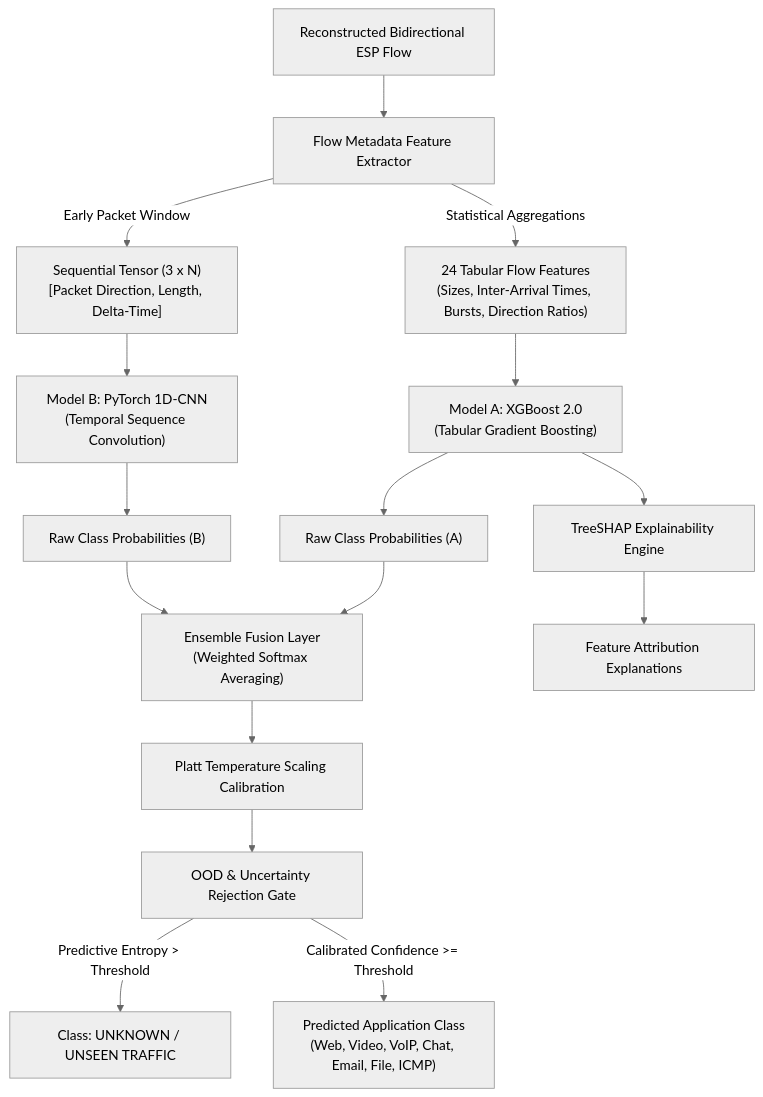
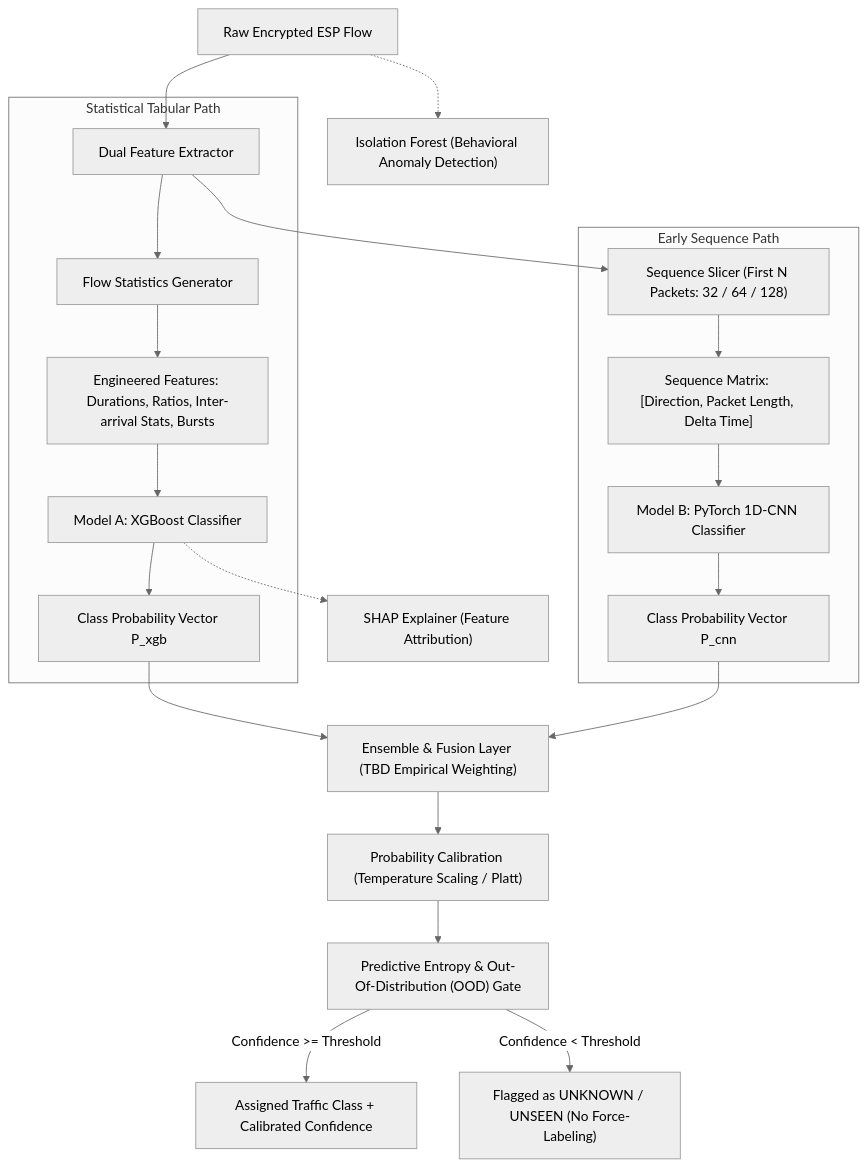
One commit to sharancode3/TunnelTrace-AI changed the fifth of 14 diagrams in docs/TUNNELTRACE_AI_MASTER_DOCUMENT.md. Above: the diagram before and after it, drawn with Mermaid (neutral theme). The commit also changed other lines of this file, not shown here.

Commit message:
docs: update mentor master document with 60-part structure, markdown tables, and validated mermaid diagrams

````diff
--- a/docs/TUNNELTRACE_AI_MASTER_DOCUMENT.md
+++ b/docs/TUNNELTRACE_AI_MASTER_DOCUMENT.md
@@ -453,25 +454,29 @@
 ```mermaid
 graph TD
-    ESP["Reconstructed Bidirectional ESP Flow"] --> FEAT_ENG["Flow Metadata Feature Extractor"]
+    A["Raw Encrypted ESP Flow"] --> B["Dual Feature Extractor"]
     
-    FEAT_ENG -->|Statistical Aggregations| VEC["24 Tabular Flow Features<br/>(Sizes, Inter-Arrival Times, Bursts, Direction Ratios)"]
-    FEAT_ENG -->|Early Packet Window| TENS["Sequential Tensor (3 x N)<br/>[Packet Direction, Length, Delta-Time]"]
+    subgraph PATH_A["Statistical Tabular Path"]
+        B --> C["Flow Statistics Generator"]
+        C --> D["Engineered Features: Durations, Ratios, Inter-arrival Stats, Bursts"]
+        D --> E["Model A: XGBoost Classifier"]
+        E --> F["Class Probability Vector P_xgb"]
+    end
+
+    subgraph PATH_B["Early Sequence Path"]
+        B --> G["Sequence Slicer (First N Packets: 32 / 64 / 128)"]
+        G --> H["Sequence Matrix: [Direction, Packet Length, Delta Time]"]
+        H --> I["Model B: PyTorch 1D-CNN Classifier"]
+        I --> J["Class Probability Vector P_cnn"]
+    end
+
+    F --> K["Ensemble & Fusion Layer (TBD Empirical Weighting)"]
+    J --> K
+    K --> L["Probability Calibration (Temperature Scaling / Platt)"]
+    L --> M["Predictive Entropy & Out-Of-Distribution (OOD) Gate"]
     
-    VEC --> MODEL_A["Model A: XGBoost 2.0<br/>(Tabular Gradient Boosting)"]
-    TENS --> MODEL_B["Model B: PyTorch 1D-CNN<br/>(Temporal Sequence Convolution)"]
+    M -->|"Confidence >= Threshold"| N["Assigned Traffic Class + Calibrated Confidence"]
+    M -->|"Confidence < Threshold"| O["Flagged as UNKNOWN / UNSEEN (No Force-Labeling)"]
     
-    MODEL_A --> PROB_A["Raw Class Probabilities (A)"]
-    MODEL_B --> PROB_B["Raw Class Probabilities (B)"]
-    
-    PROB_A --> FUSION["Ensemble Fusion Layer<br/>(Weighted Softmax Averaging)"]
-    PROB_B --> FUSION
-    
-    FUSION --> CALIB["Platt Temperature Scaling Calibration"]
-    
-    CALIB --> GATE["OOD & Uncertainty Rejection Gate"]
-    GATE -->|Predictive Entropy > Threshold| UNK["Class: UNKNOWN / UNSEEN TRAFFIC"]
-    GATE -->|Calibrated Confidence >= Threshold| PRED["Predicted Application Class<br/>(Web, Video, VoIP, Chat, Email, File, ICMP)"]
-    
-    MODEL_A --> SHAP["TreeSHAP Explainability Engine"]
-    SHAP --> EXP_PANEL["Feature Attribution Explanations"]
+    E -.-> P["SHAP Explainer (Feature Attribution)"]
+    A -.-> Q["Isolation Forest (Behavioral Anomaly Detection)"]
 ```
````
